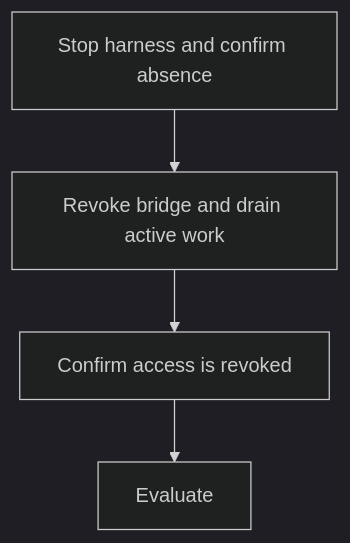
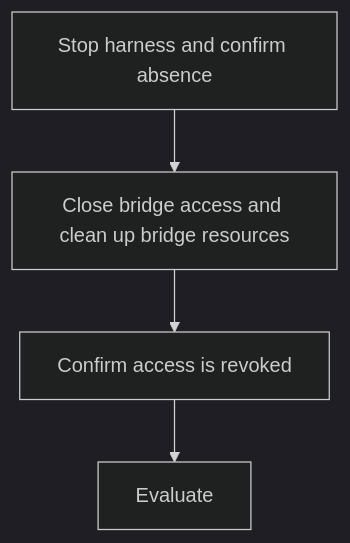
The diagram in docs/design/bridge.md (hyscale-lab/ARIES), drawn with Mermaid (dark theme) before and after one commit. The commit also changed other lines of this file and 35 other files, not shown here.

````diff
--- a/docs/design/bridge.md
+++ b/docs/design/bridge.md
@@ -72,8 +72,8 @@
 ```mermaid
 flowchart TB
     H[Stop harness and confirm absence]
-    R[Revoke bridge and drain active work]
+    R[Close bridge access and clean up bridge resources]
     P[Confirm access is revoked]
     E[Evaluate]
     H --> R --> P --> E
 ```
````
